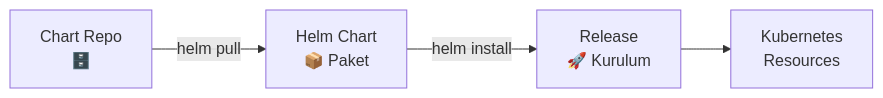
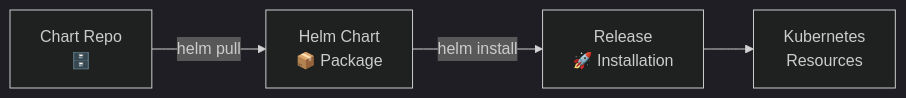
The diagram in labs/lab-14-helm.md (uzunenes/CKAD), drawn with Mermaid before and after one commit. The commit also changed other lines of this file and 15 other files, not shown here.

Commit message:
🌍 Complete English translation - All 17 labs translated with dark mermaid themes

````diff
--- a/labs/lab-14-helm.md
+++ b/labs/lab-14-helm.md
@@ -13,7 +13,8 @@
 ```mermaid
+%%{init: {'theme': 'dark'}}%%
 graph LR
-    CHART[Helm Chart<br/>📦 Paket] --> |helm install| REL[Release<br/>🚀 Kurulum]
+    CHART[Helm Chart<br/>📦 Package] --> |helm install| REL[Release<br/>🚀 Installation]
     REL --> K8S[Kubernetes<br/>Resources]
     
     REPO[Chart Repo<br/>🗄️] --> |helm pull| CHART
 ```
````
